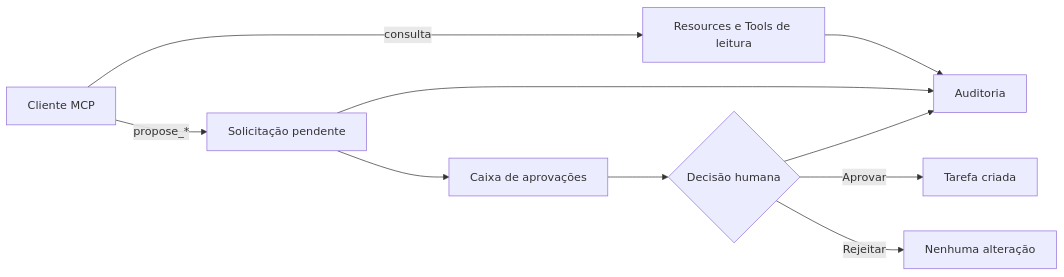
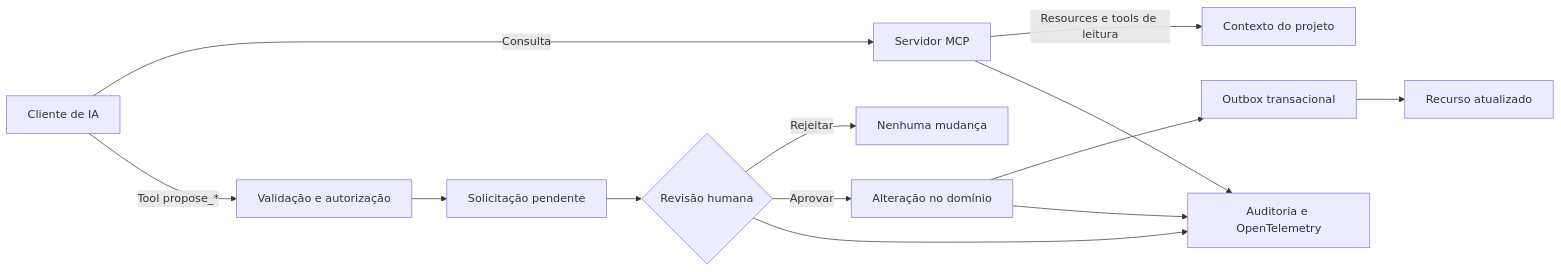
One commit to adrianohsnegrao/project-bridge changed the diagram in README.md. Above: the diagram before and after it, drawn with Mermaid. The commit also changed other lines of this file, not shown here.

Commit message:
docs: clarify project purpose and user flow

````diff
--- a/README.md
+++ b/README.md
@@ -52,12 +90,15 @@
 ```mermaid
 flowchart LR
-    C[Cliente MCP] -->|consulta| R[Resources e Tools de leitura]
-    C -->|propose_*| S[Solicitação pendente]
-    S --> UI[Caixa de aprovações]
-    UI --> D{Decisão humana}
-    D -->|Aprovar| T[Tarefa criada]
-    D -->|Rejeitar| X[Nenhuma alteração]
-    R --> A[Auditoria]
-    S --> A
-    D --> A
+    A[Cliente de IA] -->|Consulta| M[Servidor MCP]
+    M -->|Resources e tools de leitura| C[Contexto do projeto]
+    A -->|Tool propose_*| V[Validação e autorização]
+    V --> P[Solicitação pendente]
+    P --> H{Revisão humana}
+    H -->|Rejeitar| N[Nenhuma mudança]
+    H -->|Aprovar| D[Alteração no domínio]
+    D --> O[Outbox transacional]
+    O --> R[Recurso atualizado]
+    M --> T[Auditoria e OpenTelemetry]
+    H --> T
+    D --> T
 ```
````
